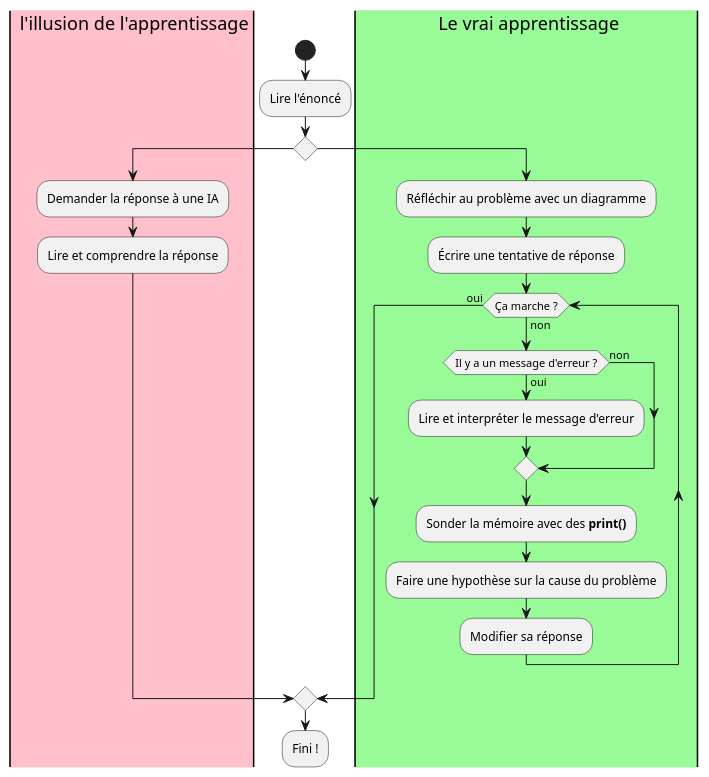
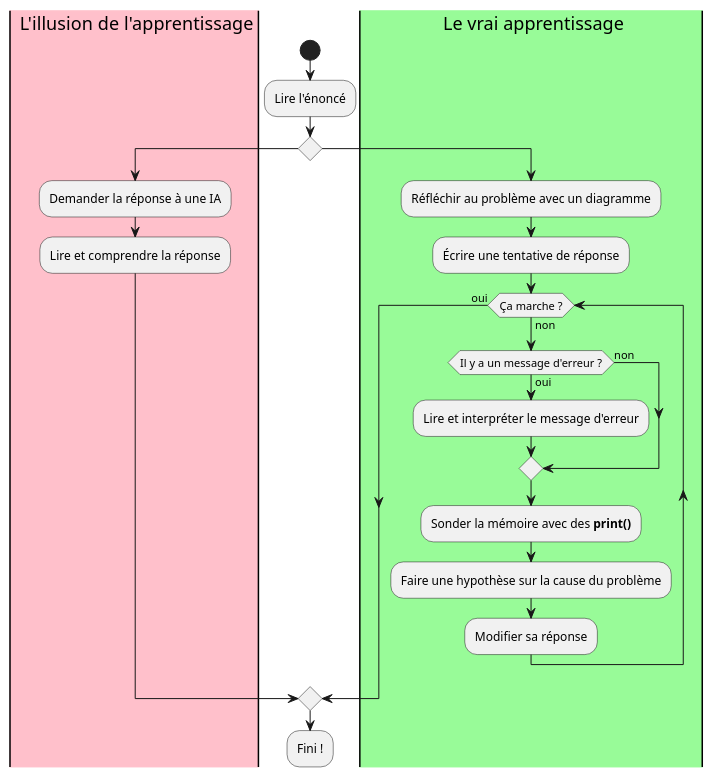
The seventh of 7 diagrams in docs/courses/python1ba/slides/slides1/index.md (qlurkin/qlurkin.github.io), drawn with PlantUML before and after one commit. The commit also changed 1 other file, not shown here.

````diff
--- a/docs/courses/python1ba/slides/slides1/index.md
+++ b/docs/courses/python1ba/slides/slides1/index.md
@@ -598,40 +598,40 @@
 ```plantuml {.build}
 @startuml
 
-|#pink|ko| l'illusion de l'apprentissage
+|#pink|ko| L'illusion de l'apprentissage
 
 |  |
 
 start
 
 :Lire l'énoncé;
 
 if ()
   |ko|
   :Demander la réponse à une IA;
   :Lire et comprendre la réponse;
 else
   |#palegreen|ok| Le vrai apprentissage
 
   :Réfléchir au problème avec un diagramme;
   :Écrire une tentative de réponse;
 
   while (Ça marche ?) is (non)
     if (Il y a un message d'erreur ?) then (oui)
       :Lire et interpréter le message d'erreur;
     else (non)
     endif
     :Sonder la mémoire avec des **print()**;
     :Faire une hypothèse sur la cause du problème;
     :Modifier sa réponse;
   endwhile (oui)
 
 
 endif
 
 |  |
 
 :Fini !;
 
 @enduml
 ```
````
